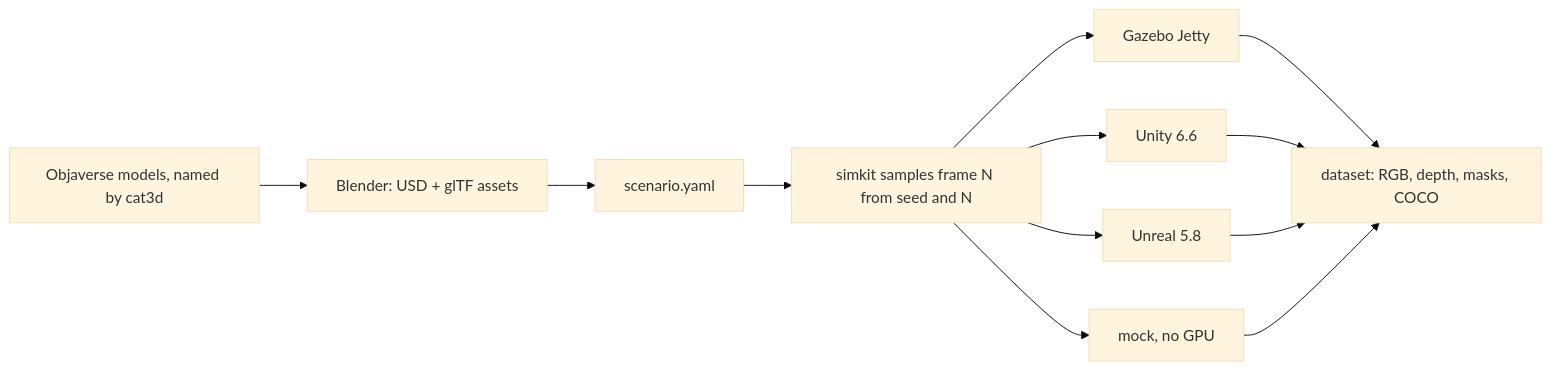
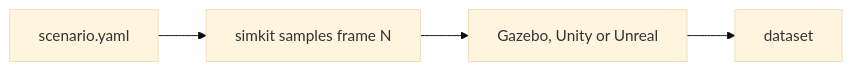
Before and after one commit to michael-kato/simkit: the diagram in README.md, drawn with Mermaid (base theme). The commit also changed other lines of this file and 2 other files, not shown here.

First line of the commit message:
Cut the README to what simkit does and how to run it

````diff
--- a/README.md
+++ b/README.md
@@ -11,14 +8,4 @@
 ```mermaid
 flowchart LR
-  Models["Objaverse models, named by cat3d"] --> Blender["Blender: USD + glTF assets"]
-  Blender --> Scenario["scenario.yaml"]
-  Scenario --> Sample["simkit samples frame N from seed and N"]
-  Sample --> Gazebo["Gazebo Jetty"]
-  Sample --> Unity["Unity 6.6"]
-  Sample --> Unreal["Unreal 5.8"]
-  Sample --> Mock["mock, no GPU"]
-  Gazebo --> Dataset["dataset: RGB, depth, masks, COCO"]
-  Unity --> Dataset
-  Unreal --> Dataset
-  Mock --> Dataset
+  Scenario["scenario.yaml"] --> Sample["simkit samples frame N"] --> Engine["Gazebo, Unity or Unreal"] --> Dataset["dataset"]
 ```
````
